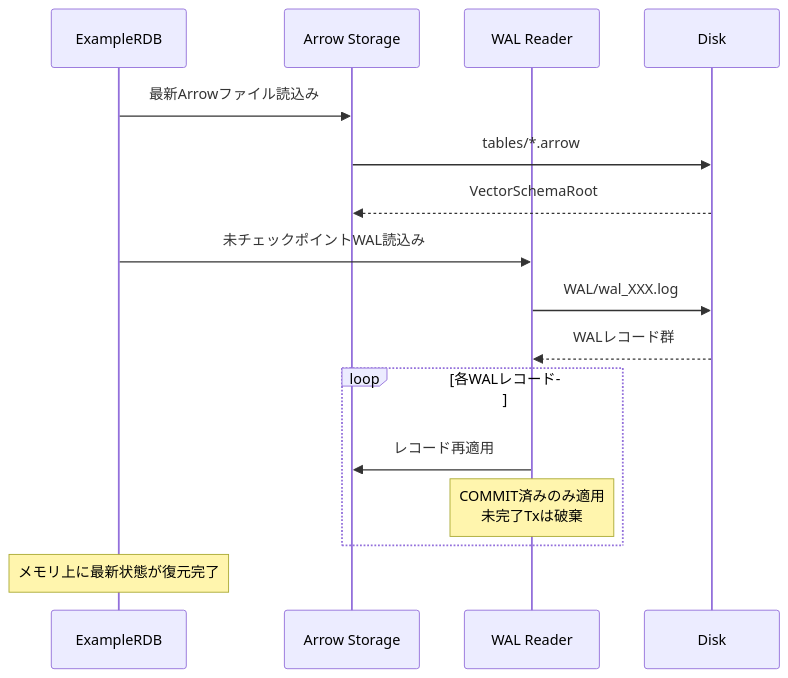
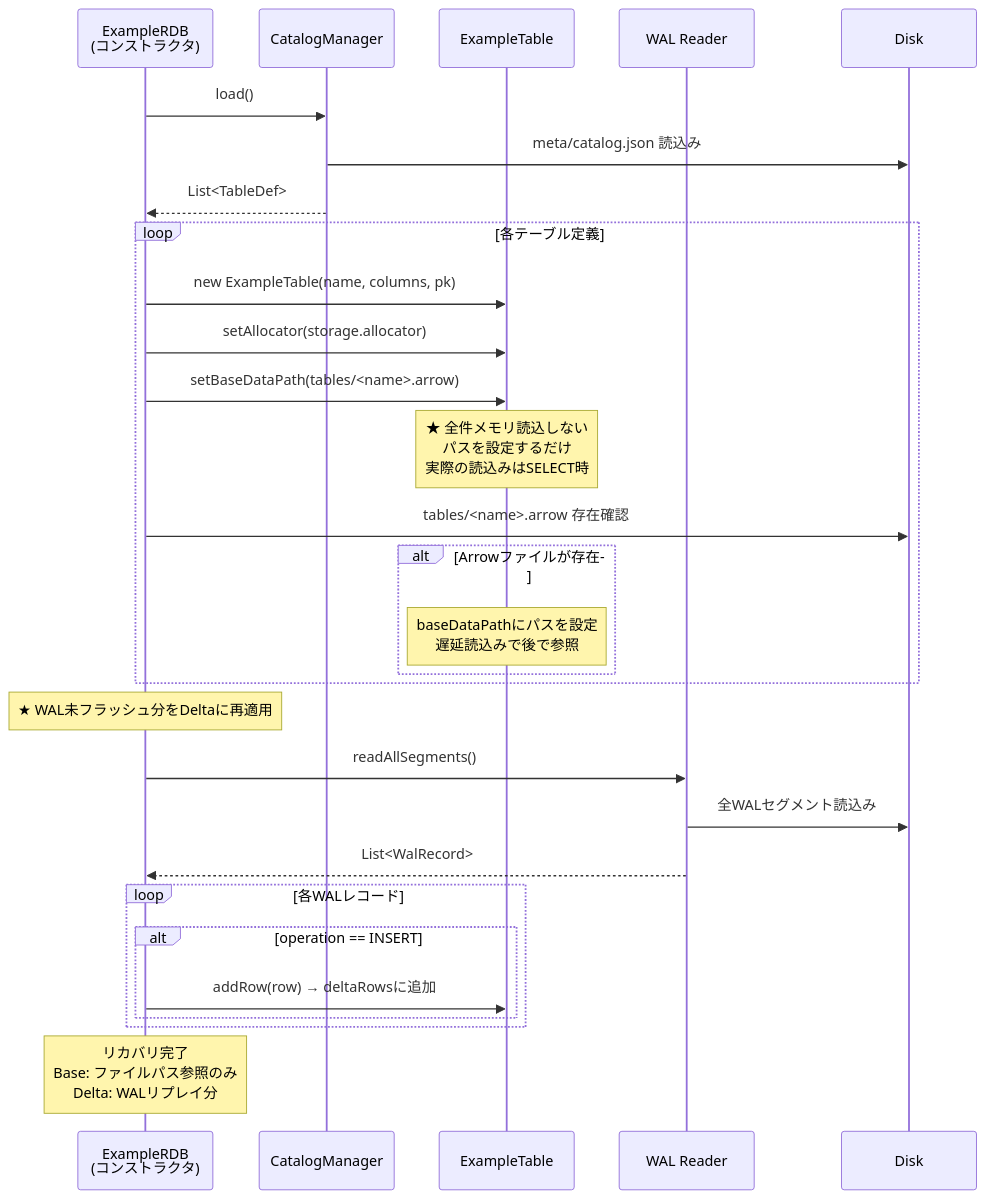
One commit to n-noguchi/example-rdb changed the fifth of 9 diagrams in docs/DESIGN.md. Above: the diagram before and after it, drawn with Mermaid. The commit also changed other lines of this file and 13 other files, not shown here.

````diff
--- a/docs/DESIGN.md
+++ b/docs/DESIGN.md
@@ -173,22 +196,37 @@
 ```mermaid
 sequenceDiagram
-    participant DB as ExampleRDB
-    participant Storage as Arrow Storage
+    participant DB as ExampleRDB<br/>(コンストラクタ)
+    participant Catalog as CatalogManager
+    participant Table as ExampleTable
     participant WAL as WAL Reader
     participant Disk as Disk
 
-    DB->>Storage: 最新Arrowファイル読込み
-    Storage->>Disk: tables/*.arrow
-    Disk-->>Storage: VectorSchemaRoot
+    DB->>Catalog: load()
+    Catalog->>Disk: meta/catalog.json 読込み
+    Catalog-->>DB: List<TableDef>
 
-    DB->>WAL: 未チェックポイントWAL読込み
-    WAL->>Disk: WAL/wal_XXX.log
-    Disk-->>WAL: WALレコード群
+    loop 各テーブル定義
+        DB->>Table: new ExampleTable(name, columns, pk)
+        DB->>Table: setAllocator(storage.allocator)
+        DB->>Table: setBaseDataPath(tables/<name>.arrow)
+        Note over Table: ★ 全件メモリ読込しない<br/>パスを設定するだけ<br/>実際の読込みはSELECT時
+
+        DB->>Disk: tables/<name>.arrow 存在確認
+        alt Arrowファイルが存在
+            Note over Table: baseDataPathにパスを設定<br/>遅延読込みで後で参照
+        end
+    end
+
+    Note over DB: ★ WAL未フラッシュ分をDeltaに再適用
+    DB->>WAL: readAllSegments()
+    WAL->>Disk: 全WALセグメント読込み
+    WAL-->>DB: List<WalRecord>
 
     loop 各WALレコード
-        WAL->>Storage: レコード再適用
-        Note over WAL: COMMIT済みのみ適用<br/>未完了Txは破棄
+        alt operation == INSERT
+            DB->>Table: addRow(row) → deltaRowsに追加
+        end
     end
 
-    Note over DB: メモリ上に最新状態が復元完了
+    Note over DB: リカバリ完了<br/>Base: ファイルパス参照のみ<br/>Delta: WALリプレイ分
 ```
````
